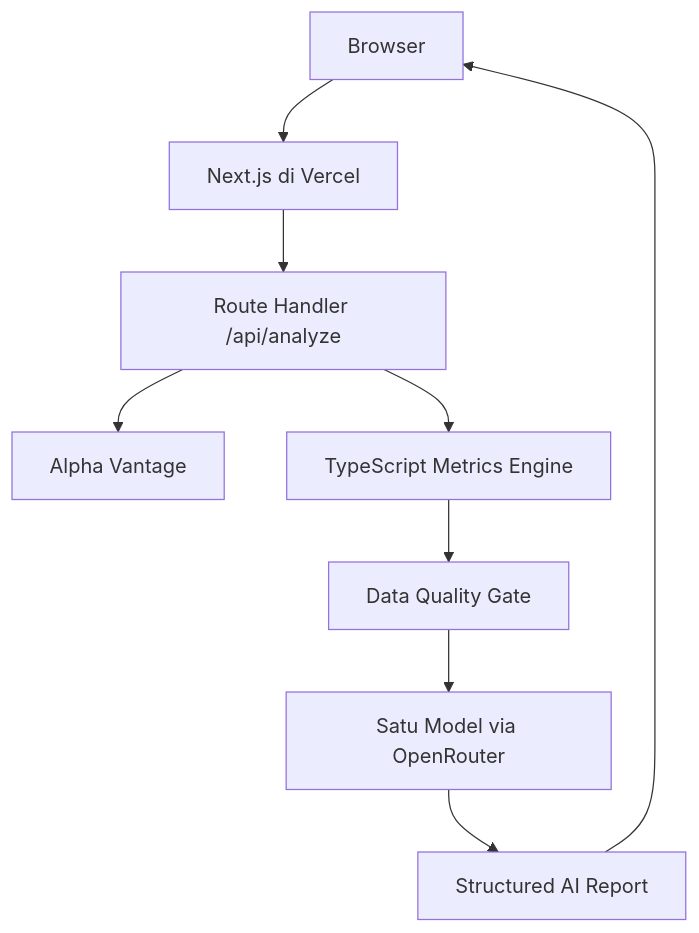
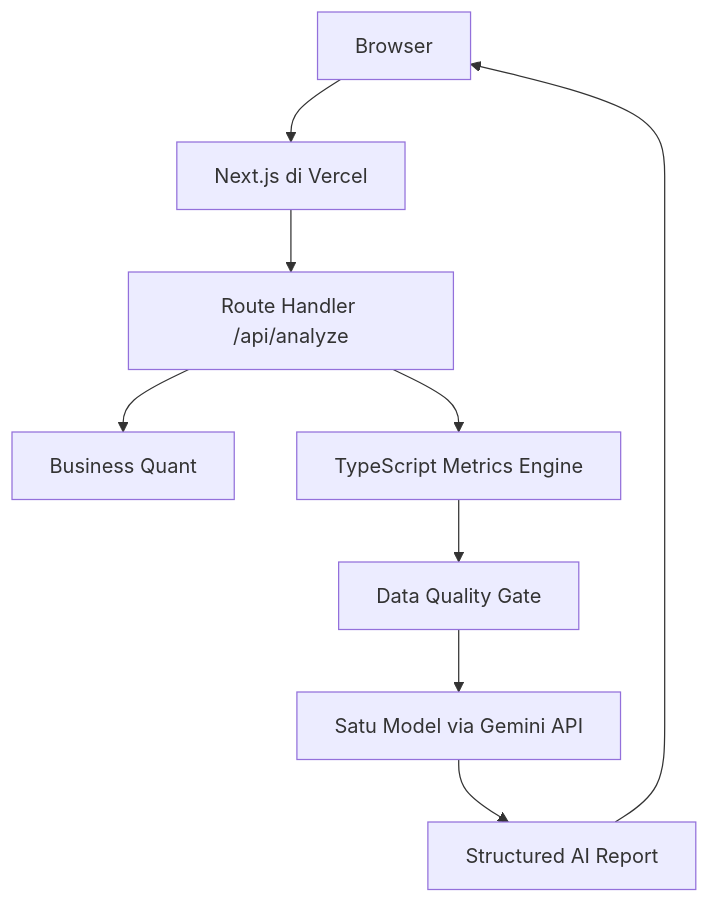
One commit to VilianZ/StockFrame changed the second of 2 diagrams in docs/PROPOSAL_DRAFT.md. Above: the diagram before and after it, drawn with Mermaid. The commit also changed other lines of this file and 53 other files, not shown here.

````diff
--- a/docs/PROPOSAL_DRAFT.md
+++ b/docs/PROPOSAL_DRAFT.md
@@ -161,11 +161,11 @@
 ```mermaid
 flowchart TD
     B[Browser] --> A[Next.js di Vercel]
     A --> R[Route Handler /api/analyze]
-    R --> AV[Alpha Vantage]
+    R --> BQ[Business Quant]
     R --> ME[TypeScript Metrics Engine]
     ME --> DQ[Data Quality Gate]
-    DQ --> OR[Satu Model via OpenRouter]
+    DQ --> OR[Satu Model via Gemini API]
     OR --> FR[Structured AI Report]
     FR --> B
 ```
````
